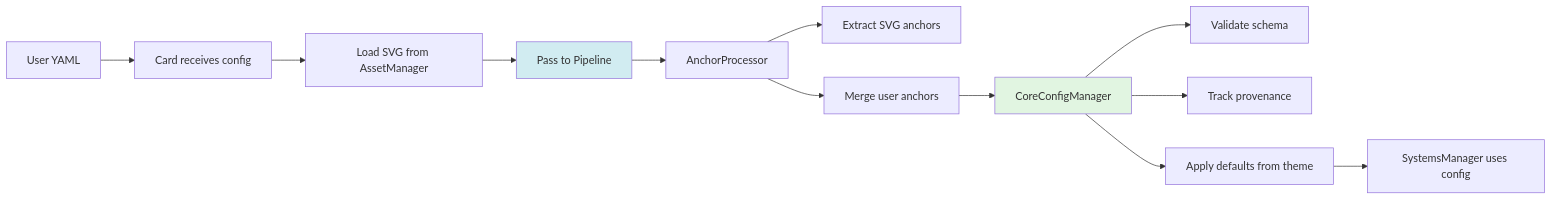
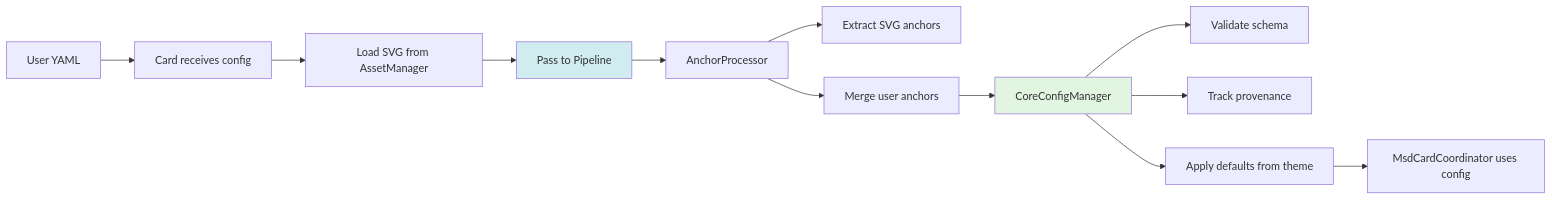
Before and after one commit to solhuebner/lcards: the fourth of 5 diagrams in doc/architecture/msd-card-architecture.md, drawn with Mermaid. The commit also changed other lines of this file and 22 other files, not shown here.

Commit message:
Phase 2: Rename SystemsManager to MsdCardCoordinator in code and documentation

````diff
--- a/doc/architecture/msd-card-architecture.md
+++ b/doc/architecture/msd-card-architecture.md
@@ -125,20 +125,20 @@
 ```mermaid
 graph LR
     A[User YAML] --> B[Card receives config]
     B --> C[Load SVG from AssetManager]
     
     C --> D[Pass to Pipeline]
     D --> E[AnchorProcessor]
     E --> F[Extract SVG anchors]
     E --> G[Merge user anchors]
     
     G --> H[CoreConfigManager]
     H --> I[Validate schema]
     H --> J[Track provenance]
     H --> K[Apply defaults from theme]
     
-    K --> L[SystemsManager uses config]
+    K --> L[MsdCardCoordinator uses config]
     
     style D fill:#d1ecf1
     style H fill:#e1f5e1
 ```
````
